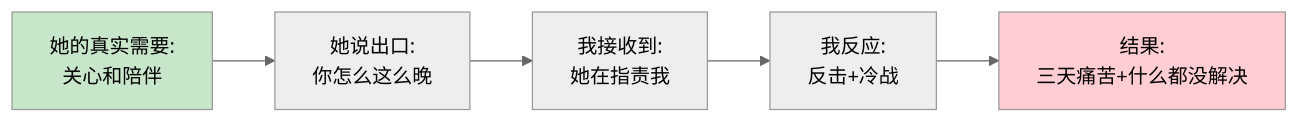
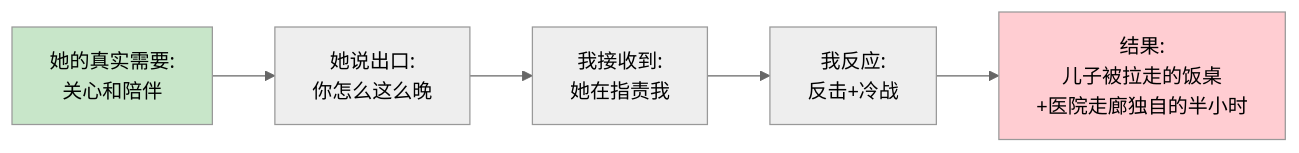
One commit to chongyang211/YCBookBlog changed the first of 14 diagrams in packages/website/11.书籍/06.自我精进·立言/04.沟通能力的演进.md. Above: the diagram before and after it, drawn with Mermaid (neutral theme). The commit also changed other lines of this file, not shown here.

````diff
--- a/packages/website/11.书籍/06.自我精进·立言/04.沟通能力的演进.md
+++ b/packages/website/11.书籍/06.自我精进·立言/04.沟通能力的演进.md
@@ -46,9 +53,9 @@
 ```mermaid
 flowchart LR
     A[她的真实需要:<br/>关心和陪伴] --> B[她说出口:<br/>你怎么这么晚]
     B --> C[我接收到:<br/>她在指责我]
     C --> D[我反应:<br/>反击+冷战]
-    D --> E[结果:<br/>三天痛苦+什么都没解决]
+    D --> E[结果:<br/>儿子被拉走的饭桌<br/>+医院走廊独自的半小时]
     style A fill:#c8e6c9
     style E fill:#ffcdd2
 ```
````
